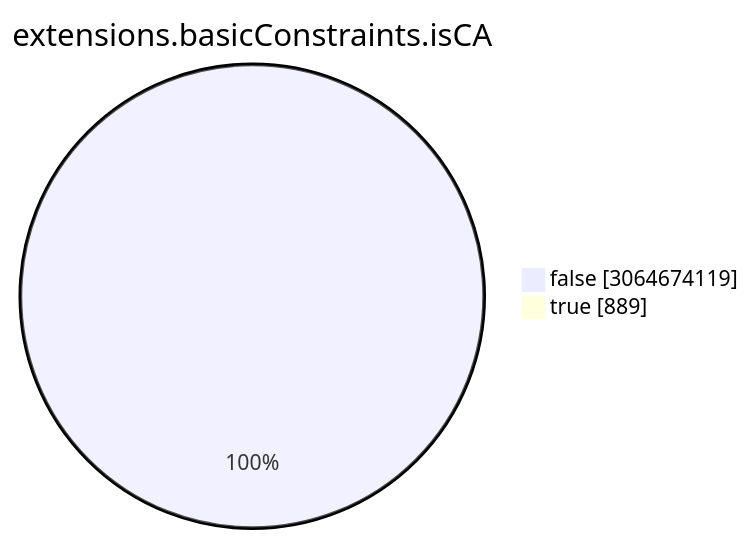
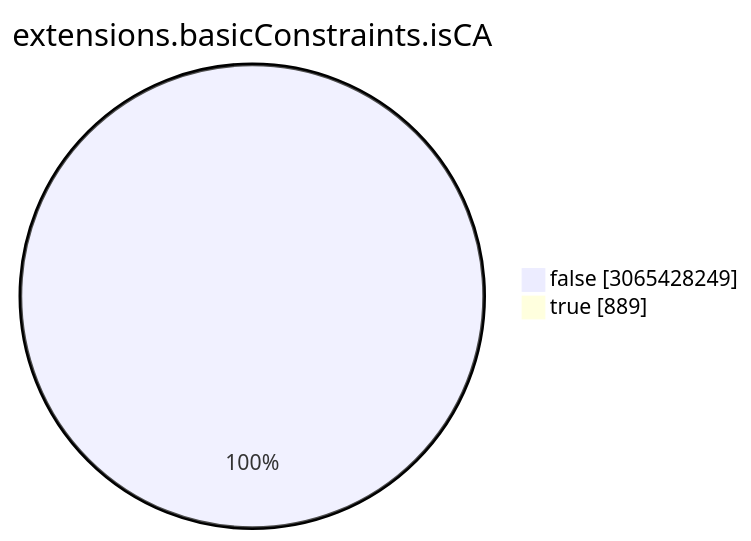
The seventh of 15 diagrams in TOTAL/README.md (christiankrug/ctmonitor_visualization), drawn with Mermaid before and after one commit. The commit also changed other lines of this file, not shown here.

````diff
--- a/TOTAL/README.md
+++ b/TOTAL/README.md
@@ -3086,6 +3086,6 @@
 ```mermaid
 pie showData
 title extensions.basicConstraints.isCA
-"false" :3064674119
+"false" :3065428249
 "true" :889
 ```
````
